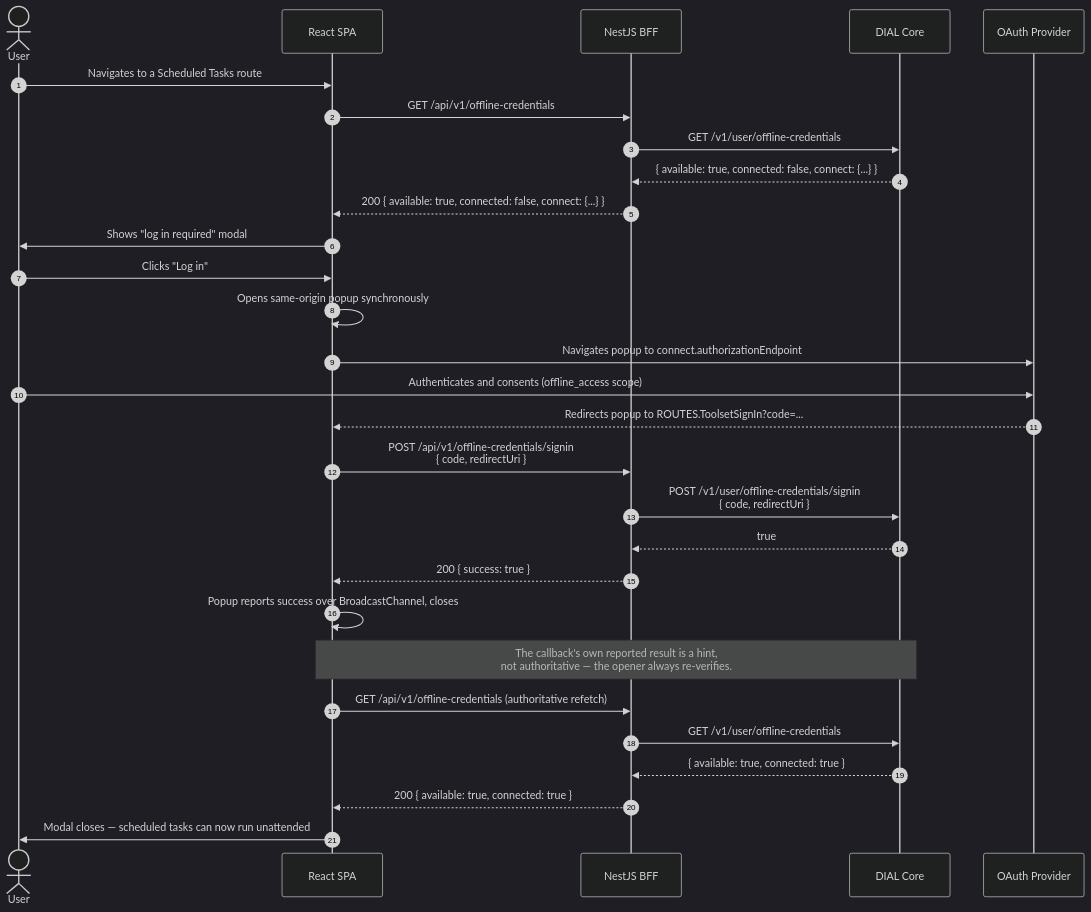
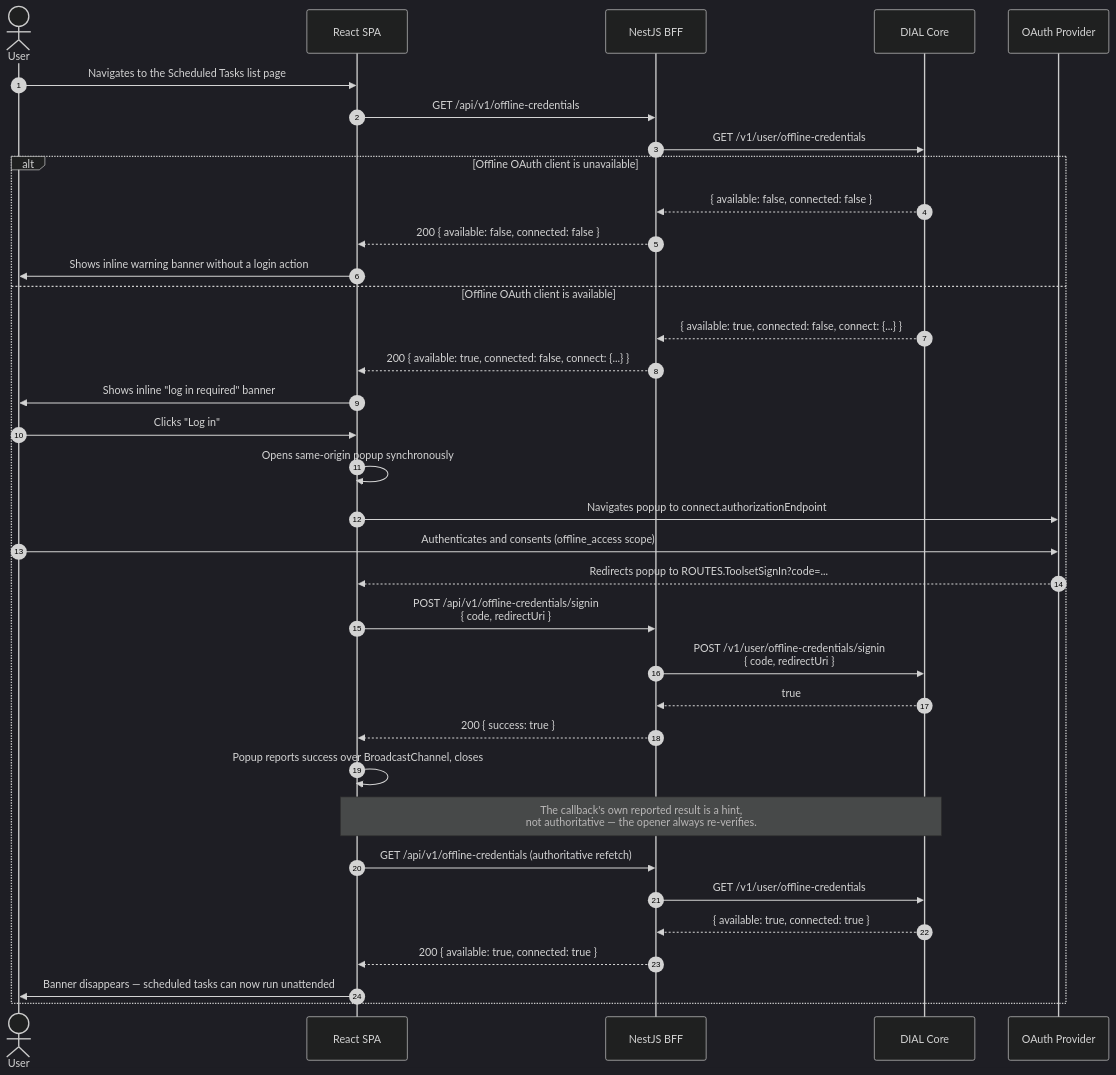
Before and after one commit to epam/ai-dial-chat: the diagram in docs/auth/auth-diagrams/10-offline-credentials-consent.mmd, drawn with Mermaid (dark theme). The commit also changed 30 other files, not shown here.

First line of the commit message:
feat(chat): replace Scheduled Tasks login modal with an inline banner

```diff
--- a/docs/auth/auth-diagrams/10-offline-credentials-consent.mmd
+++ b/docs/auth/auth-diagrams/10-offline-credentials-consent.mmd
@@ -1,40 +1,46 @@
 %% Proactive Scheduled Tasks offline-credentials consent.
 %% Separate from both the OIDC login flow (03-login-flow.mmd) and the
 %% reactive toolset/external-service sign-in interrupt (08-toolset-signin-
-%% interrupt.mmd) — this flow is triggered by route entry into Scheduled
-%% Tasks, not by a DIAL-Core-pushed client-channel event mid-completion.
+%% interrupt.mmd) — this flow is triggered by entering the Scheduled Tasks
+%% list page, not by a DIAL-Core-pushed client-channel event mid-completion.
 
 sequenceDiagram
     autonumber
     actor U as User
     participant SPA as React SPA
     participant BFF as NestJS BFF
     participant CORE as DIAL Core
     participant IDP as OAuth Provider
 
-    U->>SPA: Navigates to a Scheduled Tasks route
+    U->>SPA: Navigates to the Scheduled Tasks list page
     SPA->>BFF: GET /api/v1/offline-credentials
     BFF->>CORE: GET /v1/user/offline-credentials
-    CORE-->>BFF: { available: true, connected: false, connect: {...} }
-    BFF-->>SPA: 200 { available: true, connected: false, connect: {...} }
+    alt Offline OAuth client is unavailable
+        CORE-->>BFF: { available: false, connected: false }
+        BFF-->>SPA: 200 { available: false, connected: false }
+        SPA->>U: Shows inline warning banner without a login action
+    else Offline OAuth client is available
+        CORE-->>BFF: { available: true, connected: false, connect: {...} }
+        BFF-->>SPA: 200 { available: true, connected: false, connect: {...} }
 
-    SPA->>U: Shows "log in required" modal
-    U->>SPA: Clicks "Log in"
-    SPA->>SPA: Opens same-origin popup synchronously
-    SPA->>IDP: Navigates popup to connect.authorizationEndpoint
+        SPA->>U: Shows inline "log in required" banner
+        U->>SPA: Clicks "Log in"
+        SPA->>SPA: Opens same-origin popup synchronously
+        SPA->>IDP: Navigates popup to connect.authorizationEndpoint
 
-    U->>IDP: Authenticates and consents (offline_access scope)
-    IDP-->>SPA: Redirects popup to ROUTES.ToolsetSignIn?code=...
+        U->>IDP: Authenticates and consents (offline_access scope)
+        IDP-->>SPA: Redirects popup to ROUTES.ToolsetSignIn?code=...
 
-    SPA->>BFF: POST /api/v1/offline-credentials/signin<br/>{ code, redirectUri }
-    BFF->>CORE: POST /v1/user/offline-credentials/signin<br/>{ code, redirectUri }
-    CORE-->>BFF: true
-    BFF-->>SPA: 200 { success: true }
-    SPA->>SPA: Popup reports success over BroadcastChannel, closes
+        SPA->>BFF: POST /api/v1/offline-credentials/signin<br/>{ code, redirectUri }
+        BFF->>CORE: POST /v1/user/offline-credentials/signin<br/>{ code, redirectUri }
+        CORE-->>BFF: true
+        BFF-->>SPA: 200 { success: true }
+        SPA->>SPA: Popup reports success over BroadcastChannel, closes
 
-    Note over SPA,CORE: The callback's own reported result is a hint,<br/>not authoritative — the opener always re-verifies.
-    SPA->>BFF: GET /api/v1/offline-credentials (authoritative refetch)
-    BFF->>CORE: GET /v1/user/offline-credentials
-    CORE-->>BFF: { available: true, connected: true }
-    BFF-->>SPA: 200 { available: true, connected: true }
-    SPA->>U: Modal closes — scheduled tasks can now run unattended
+        Note over SPA,CORE: The callback's own reported result is a hint,<br/>not authoritative — the opener always re-verifies.
+        SPA->>BFF: GET /api/v1/offline-credentials (authoritative refetch)
+        BFF->>CORE: GET /v1/user/offline-credentials
+        CORE-->>BFF: { available: true, connected: true }
+        BFF-->>SPA: 200 { available: true, connected: true }
+        SPA->>U: Banner disappears — scheduled tasks can now run unattended
+    end
```
